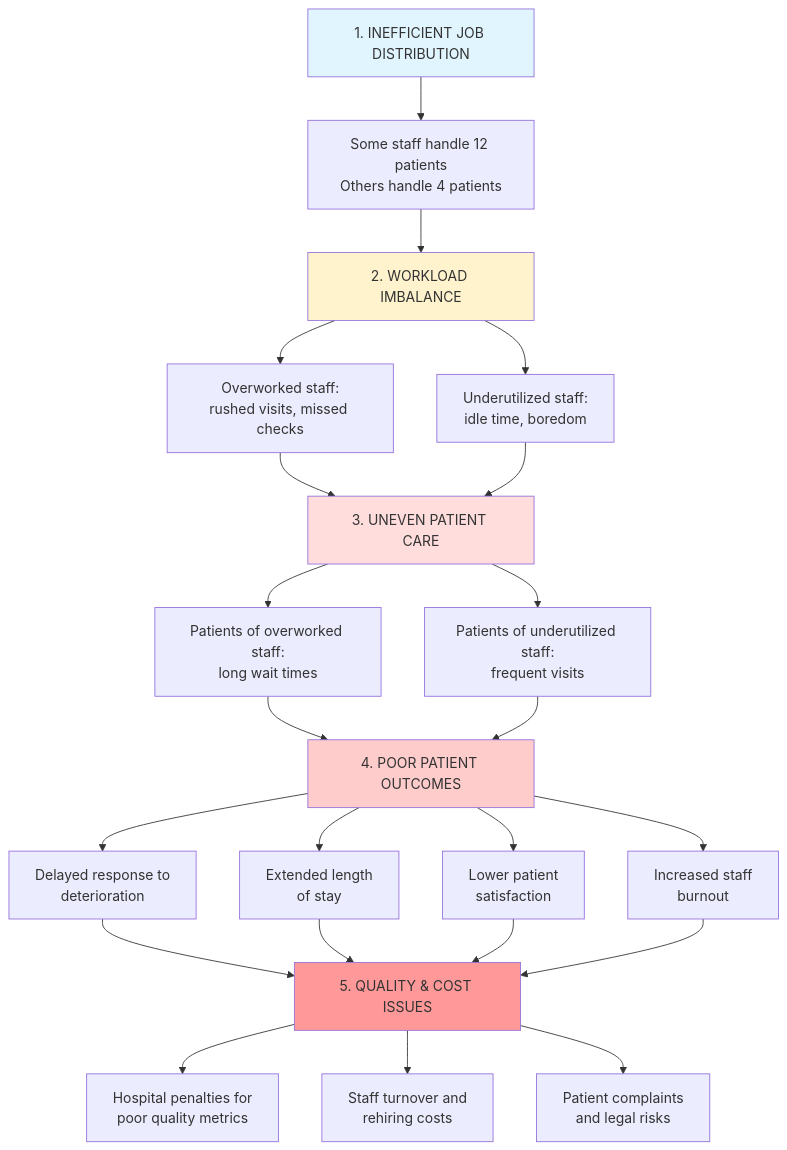
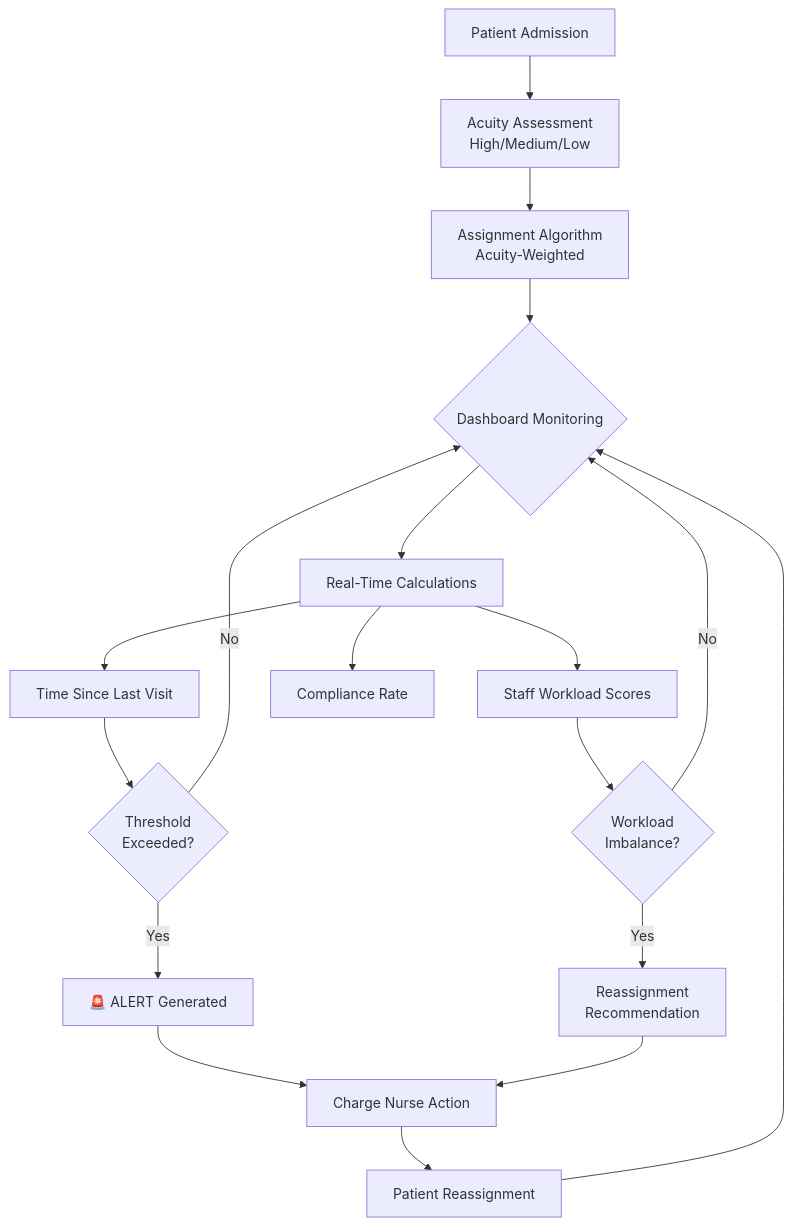
Before and after one commit to BradleyMatican25/leanonme: the diagram in ReadMe_12AM.md, drawn with Mermaid. The commit also changed other lines of this file, not shown here.

````diff
--- a/ReadMe_12AM.md
+++ b/ReadMe_12AM.md
@@ -25,30 +121,24 @@
 ```mermaid
-flowchart TD
-    A[1. INEFFICIENT JOB DISTRIBUTION] --> B[Some staff handle 12 patients<br/>Others handle 4 patients]
-    B --> C[2. WORKLOAD IMBALANCE]
-    C --> D[Overworked staff:<br/>rushed visits, missed checks]
-    C --> E[Underutilized staff:<br/>idle time, boredom]
-    D --> F[3. UNEVEN PATIENT CARE]
-    E --> F
-    F --> G[Patients of overworked staff:<br/>long wait times]
-    F --> H[Patients of underutilized staff:<br/>frequent visits]
-    G --> I[4. POOR PATIENT OUTCOMES]
-    H --> I
-    I --> J[Delayed response to<br/>deterioration]
-    I --> K[Extended length<br/>of stay]
-    I --> L[Lower patient<br/>satisfaction]
-    I --> M[Increased staff<br/>burnout]
-    J --> N[5. QUALITY & COST ISSUES]
-    K --> N
-    L --> N
-    M --> N
-    N --> O[Hospital penalties for<br/>poor quality metrics]
-    N --> P[Staff turnover and<br/>rehiring costs]
-    N --> Q[Patient complaints<br/>and legal risks]
+flowchart TB
+    A[Patient Admission] --> B[Acuity Assessment<br/>High/Medium/Low]
+    B --> C[Assignment Algorithm<br/>Acuity-Weighted]
+    C --> D{Dashboard Monitoring}
     
-    style A fill:#e1f5ff
-    style C fill:#fff3cd
-    style F fill:#ffdddd
-    style I fill:#ffcccc
-    style N fill:#ff9999
+    D --> E[Real-Time Calculations]
+    E --> E1[Time Since Last Visit]
+    E --> E2[Staff Workload Scores]
+    E --> E3[Compliance Rate]
+    
+    E1 --> F{Threshold<br/>Exceeded?}
+    F -->|Yes| G[🚨 ALERT Generated]
+    F -->|No| D
+    
+    E2 --> H{Workload<br/>Imbalance?}
+    H -->|Yes| I[Reassignment<br/>Recommendation]
+    H -->|No| D
+    
+    G --> J[Charge Nurse Action]
+    I --> J
+    J --> K[Patient Reassignment]
+    K --> D
 ```
````
